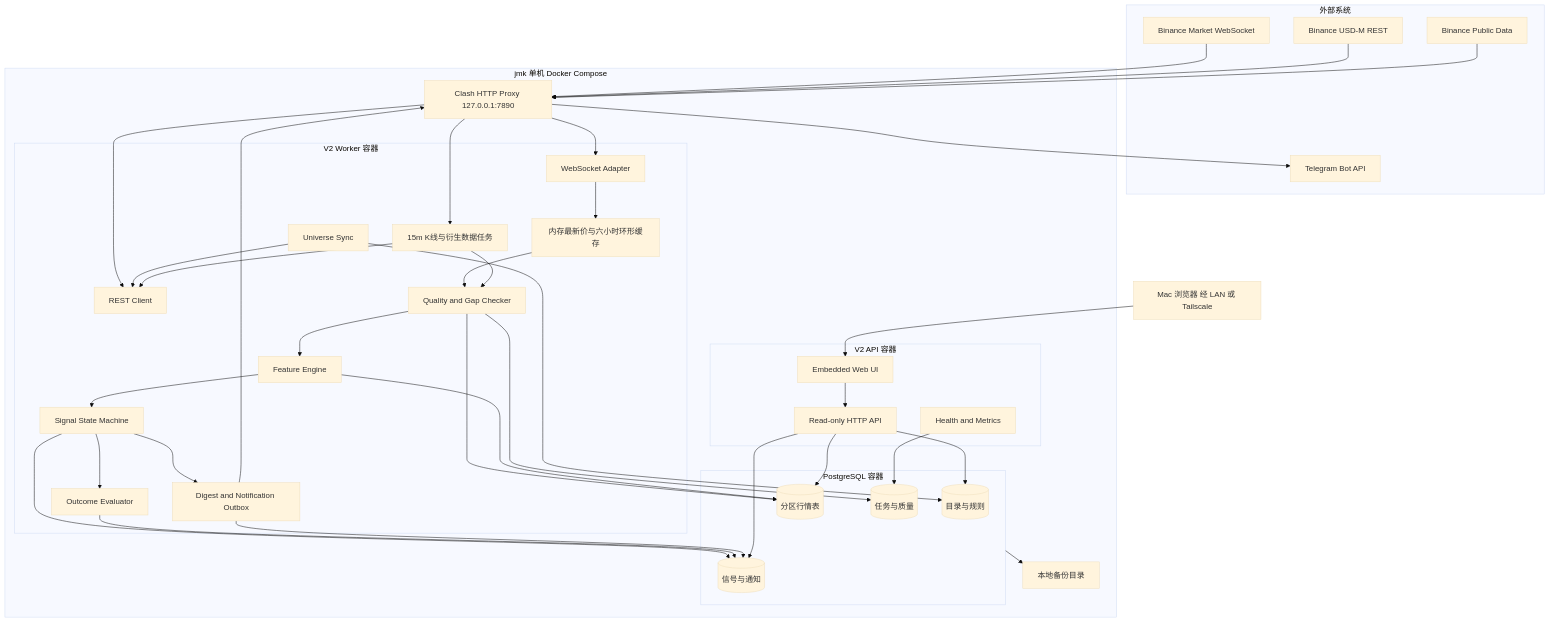
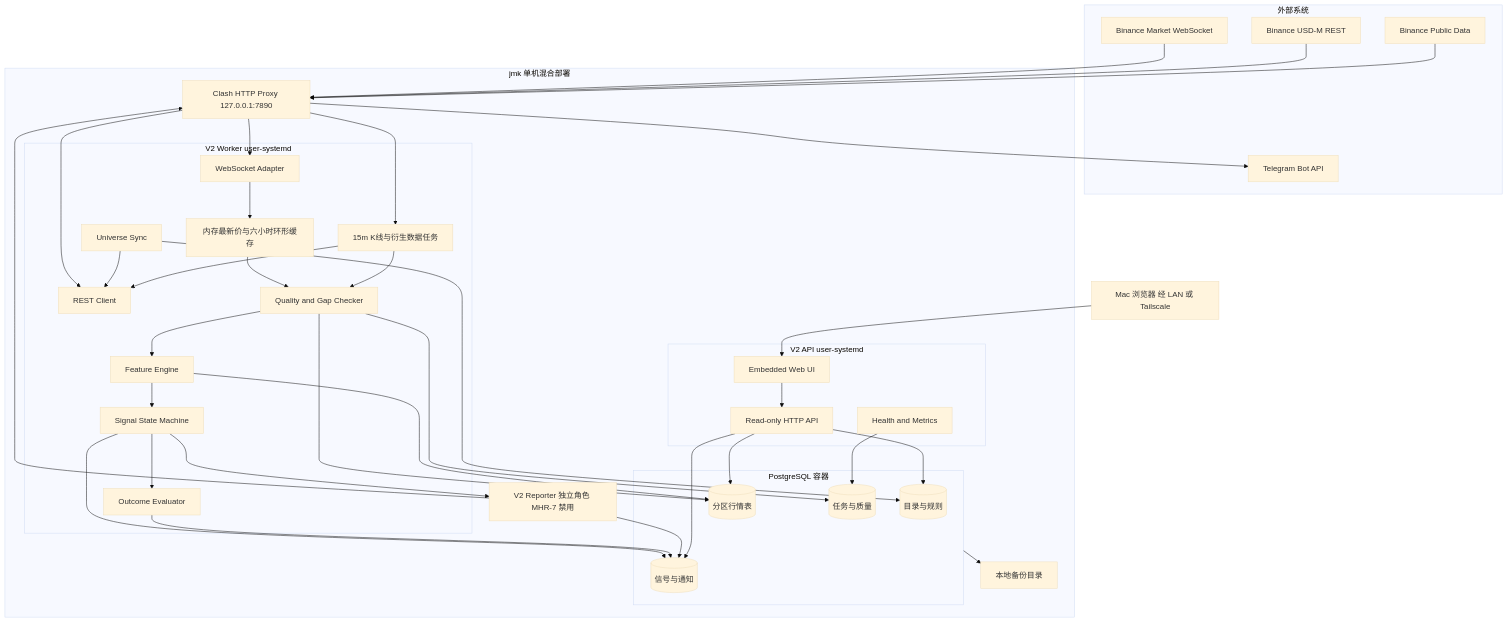
The first of 3 diagrams in docs/v2-technical-architecture.md (danielsonggit/binance_monitor), drawn with Mermaid (base theme) before and after one commit. The commit also changed other lines of this file and 30 other files, not shown here.

````diff
--- a/docs/v2-technical-architecture.md
+++ b/docs/v2-technical-architecture.md
@@ -14,73 +14,73 @@
 ```mermaid
 flowchart TB
     subgraph EXTERNAL[外部系统]
         BFAPI[Binance USD-M REST]
         BFWS[Binance Market WebSocket]
         TGAPI[Telegram Bot API]
         PUBDATA[Binance Public Data]
     end
 
-    subgraph JMK[jmk 单机 Docker Compose]
-        subgraph WORKER[V2 Worker 容器]
+    subgraph JMK[jmk 单机混合部署]
+        subgraph WORKER[V2 Worker user-systemd]
             UNIVERSE[Universe Sync]
             WSADAPTER[WebSocket Adapter]
             RESTCLIENT[REST Client]
             CACHE[内存最新价与六小时环形缓存]
             BARJOB[15m K线与衍生数据任务]
             QUALITY[Quality and Gap Checker]
             FEATURE[Feature Engine]
             SIGNAL[Signal State Machine]
             EVALUATOR[Outcome Evaluator]
-            REPORTER[Digest and Notification Outbox]
         end
 
-        subgraph API[V2 API 容器]
+        subgraph API[V2 API user-systemd]
             HTTPAPI[Read-only HTTP API]
             WEBUI[Embedded Web UI]
             HEALTH[Health and Metrics]
         end
 
         subgraph DB[PostgreSQL 容器]
             CORE[(目录与规则)]
             MARKET[(分区行情表)]
             EVENTS[(信号与通知)]
             OPS[(任务与质量)]
         end
 
         PROXY7890[Clash HTTP Proxy 127.0.0.1:7890]
+        REPORTER[V2 Reporter 独立角色 MHR-7 禁用]
         BACKUP[本地备份目录]
     end
 
     MAC[Mac 浏览器 经 LAN 或 Tailscale]
 
     BFWS --> PROXY7890 --> WSADAPTER
     BFAPI --> PROXY7890 --> RESTCLIENT
     PUBDATA --> PROXY7890 --> BARJOB
     REPORTER --> PROXY7890 --> TGAPI
 
     UNIVERSE --> RESTCLIENT
     WSADAPTER --> CACHE
     CACHE --> QUALITY
     BARJOB --> RESTCLIENT
     BARJOB --> QUALITY
     QUALITY --> FEATURE
     FEATURE --> SIGNAL
     SIGNAL --> REPORTER
     SIGNAL --> EVALUATOR
 
     UNIVERSE --> CORE
     QUALITY --> MARKET
     FEATURE --> MARKET
     SIGNAL --> EVENTS
     EVALUATOR --> EVENTS
     REPORTER --> EVENTS
     QUALITY --> OPS
 
     HTTPAPI --> CORE
     HTTPAPI --> MARKET
     HTTPAPI --> EVENTS
     HEALTH --> OPS
     WEBUI --> HTTPAPI
     MAC --> WEBUI
     DB --> BACKUP
 ```
````
